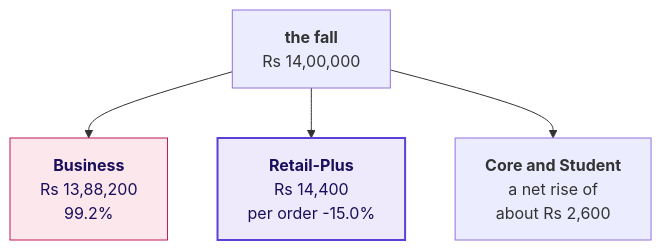
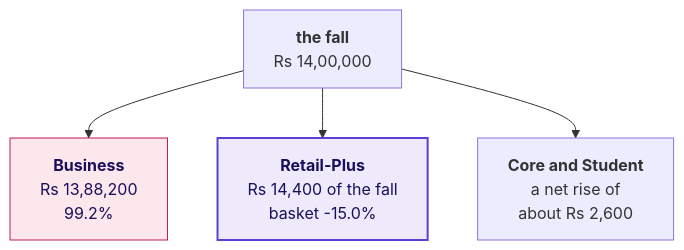
The ninth of 12 diagrams in content/W01/D5/slides/C2_W01_D05_debrief_STUDENT.md (fde-academy-lab/c2-content-factory), drawn with Mermaid before and after one commit. The commit also changed other lines of this file and 17 other files, not shown here.

````diff
--- a/content/W01/D5/slides/C2_W01_D05_debrief_STUDENT.md
+++ b/content/W01/D5/slides/C2_W01_D05_debrief_STUDENT.md
@@ -713,10 +712,10 @@
 ```mermaid
 flowchart TB
     T["<b>the fall</b><br/>Rs 14,00,000"] --> B["<b>Business</b><br/>Rs 13,88,200<br/>99.2%"]
-    T --> P["<b>Retail-Plus</b><br/>Rs 14,400<br/>per order -15.0%"]
+    T --> P["<b>Retail-Plus</b><br/>Rs 14,400 of the fall<br/>basket -15.0%"]
     T --> O["<b>Core and Student</b><br/>a net rise of<br/>about Rs 2,600"]
     classDef bad fill:#FCE8EC,stroke:#C2185B,color:#1A0F5C
     classDef known fill:#EEEAFB,stroke:#5B3FD6,color:#1A0F5C,stroke-width:2px
     class B bad
     class P known
 ```
````
